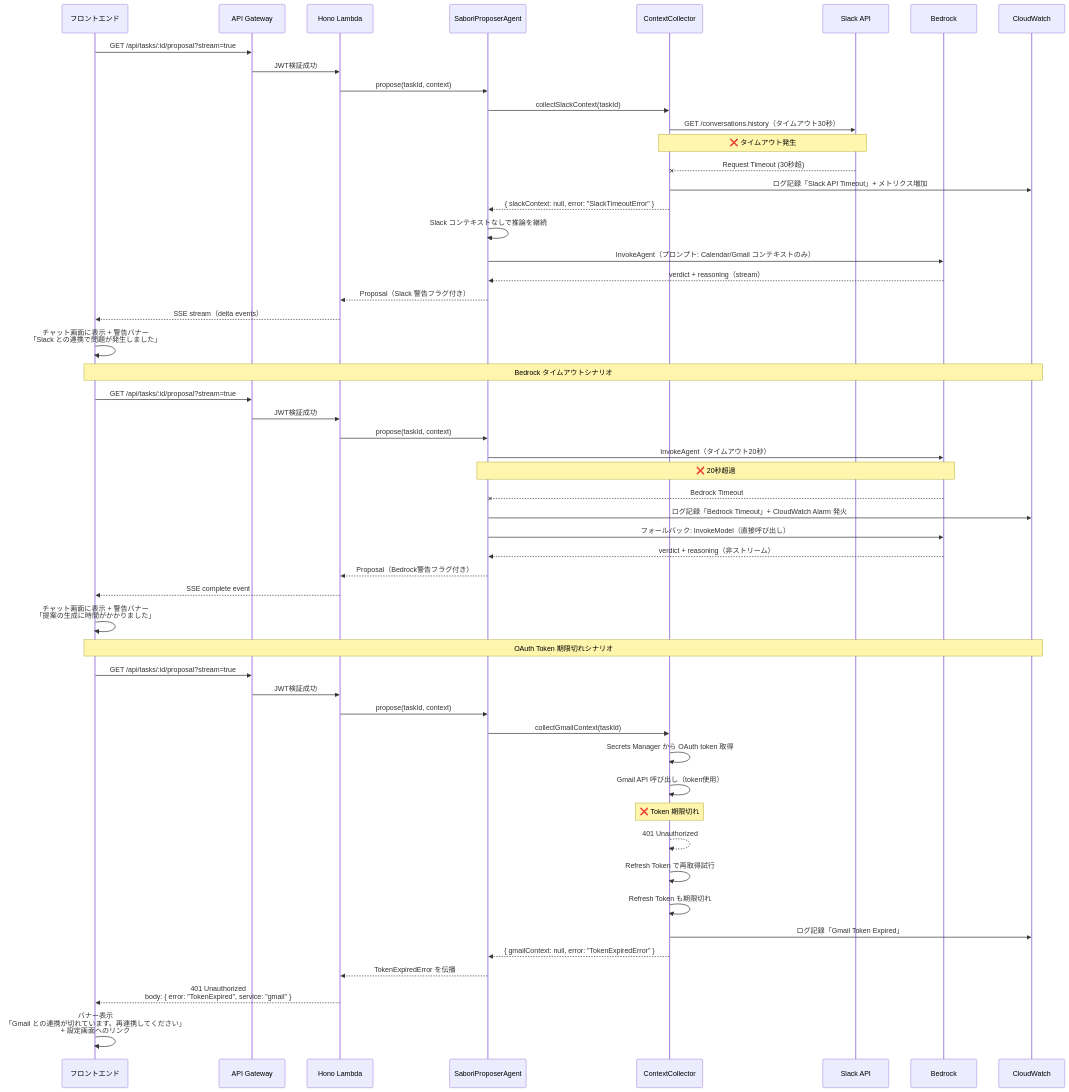
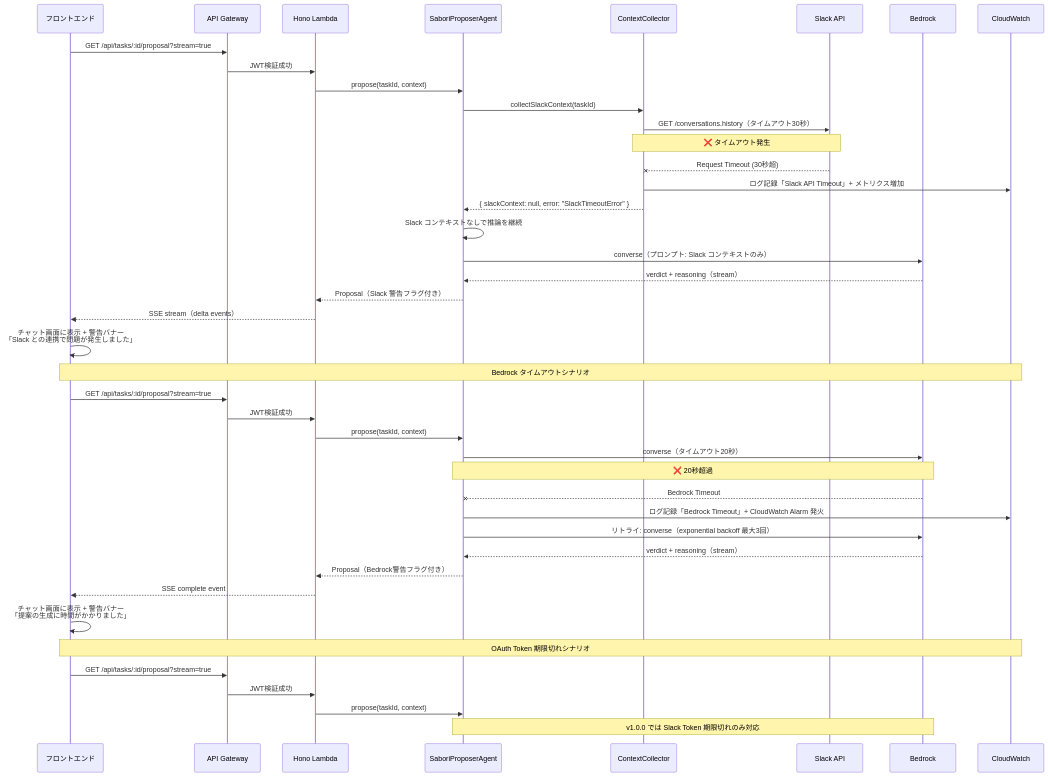
Before and after one commit to mashharuki/AWS-SummitHackathon-2026: the seventh of 7 diagrams in aidlc-docs/inception/application-design/sequence-diagrams.md, drawn with Mermaid. The commit also changed other lines of this file and 24 other files, not shown here.

````diff
--- a/aidlc-docs/inception/application-design/sequence-diagrams.md
+++ b/aidlc-docs/inception/application-design/sequence-diagrams.md
@@ -253,58 +246,53 @@
 ```mermaid
 sequenceDiagram
     participant FE as フロントエンド
     participant APIGW as API Gateway
     participant Hono as Hono Lambda
     participant SP as SaboriProposerAgent
     participant CC as ContextCollector
     participant Slack as Slack API
     participant BR as Bedrock
     participant CW as CloudWatch
 
     FE->>APIGW: GET /api/tasks/:id/proposal?stream=true
     APIGW->>Hono: JWT検証成功
     Hono->>SP: propose(taskId, context)
     SP->>CC: collectSlackContext(taskId)
     CC->>Slack: GET /conversations.history（タイムアウト30秒）
     Note over CC,Slack: ❌ タイムアウト発生
     Slack--xCC: Request Timeout (30秒超)
     CC->>CW: ログ記録「Slack API Timeout」+ メトリクス増加
     CC-->>SP: { slackContext: null, error: "SlackTimeoutError" }
     SP->>SP: Slack コンテキストなしで推論を継続
-    SP->>BR: InvokeAgent（プロンプト: Calendar/Gmail コンテキストのみ）
+    SP->>BR: converse（プロンプト: Slack コンテキストのみ）
     BR-->>SP: verdict + reasoning（stream）
     SP-->>Hono: Proposal（Slack 警告フラグ付き）
     Hono-->>FE: SSE stream（delta events）
     FE->>FE: チャット画面に表示 + 警告バナー<br/>「Slack との連携で問題が発生しました」
 
     Note over FE,CW: Bedrock タイムアウトシナリオ
     FE->>APIGW: GET /api/tasks/:id/proposal?stream=true
     APIGW->>Hono: JWT検証成功
     Hono->>SP: propose(taskId, context)
-    SP->>BR: InvokeAgent（タイムアウト20秒）
+    SP->>BR: converse（タイムアウト20秒）
     Note over SP,BR: ❌ 20秒超過
     BR--xSP: Bedrock Timeout
     SP->>CW: ログ記録「Bedrock Timeout」+ CloudWatch Alarm 発火
-    SP->>BR: フォールバック: InvokeModel（直接呼び出し）
-    BR-->>SP: verdict + reasoning（非ストリーム）
+    SP->>BR: リトライ: converse（exponential backoff 最大3回）
+    BR-->>SP: verdict + reasoning（stream）
     SP-->>Hono: Proposal（Bedrock警告フラグ付き）
     Hono-->>FE: SSE complete event
     FE->>FE: チャット画面に表示 + 警告バナー<br/>「提案の生成に時間がかかりました」
 
     Note over FE,CW: OAuth Token 期限切れシナリオ
     FE->>APIGW: GET /api/tasks/:id/proposal?stream=true
     APIGW->>Hono: JWT検証成功
     Hono->>SP: propose(taskId, context)
-    SP->>CC: collectGmailContext(taskId)
-    CC->>CC: Secrets Manager から OAuth token 取得
-    CC->>CC: Gmail API 呼び出し（token使用）
-    Note over CC: ❌ Token 期限切れ
-    CC-->>CC: 401 Unauthorized
-    CC->>CC: Refresh Token で再取得試行
-    CC->>CC: Refresh Token も期限切れ
-    CC->>CW: ログ記録「Gmail Token Expired」
-    CC-->>SP: { gmailContext: null, error: "TokenExpiredError" }
-    SP-->>Hono: TokenExpiredError を伝播
-    Hono-->>FE: 401 Unauthorized<br/>body: { error: "TokenExpired", service: "gmail" }
-    FE->>FE: バナー表示<br/>「Gmail との連携が切れています。再連携してください」<br/>+ 設定画面へのリンク
+    %% [v1.1.0] OAuth Token 期限切れシナリオ（Gmail 連携後）
+    %% [v1.1.0] SP->>CC: collectGmailContext(taskId)
+    %% [v1.1.0] CC->>CC: Gmail API 呼び出し → 401 Unauthorized → Refresh Token も期限切れ
+    %% [v1.1.0] CC-->>SP: { gmailContext: null, error: "TokenExpiredError" }
+    %% [v1.1.0] Hono-->>FE: 401 body: { error: "TokenExpired", service: "gmail" }
+    %% [v1.1.0] FE->>FE: バナー「Gmail との連携が切れています。再連携してください」
+    Note over SP,BR: v1.0.0 では Slack Token 期限切れのみ対応
 ```
````
